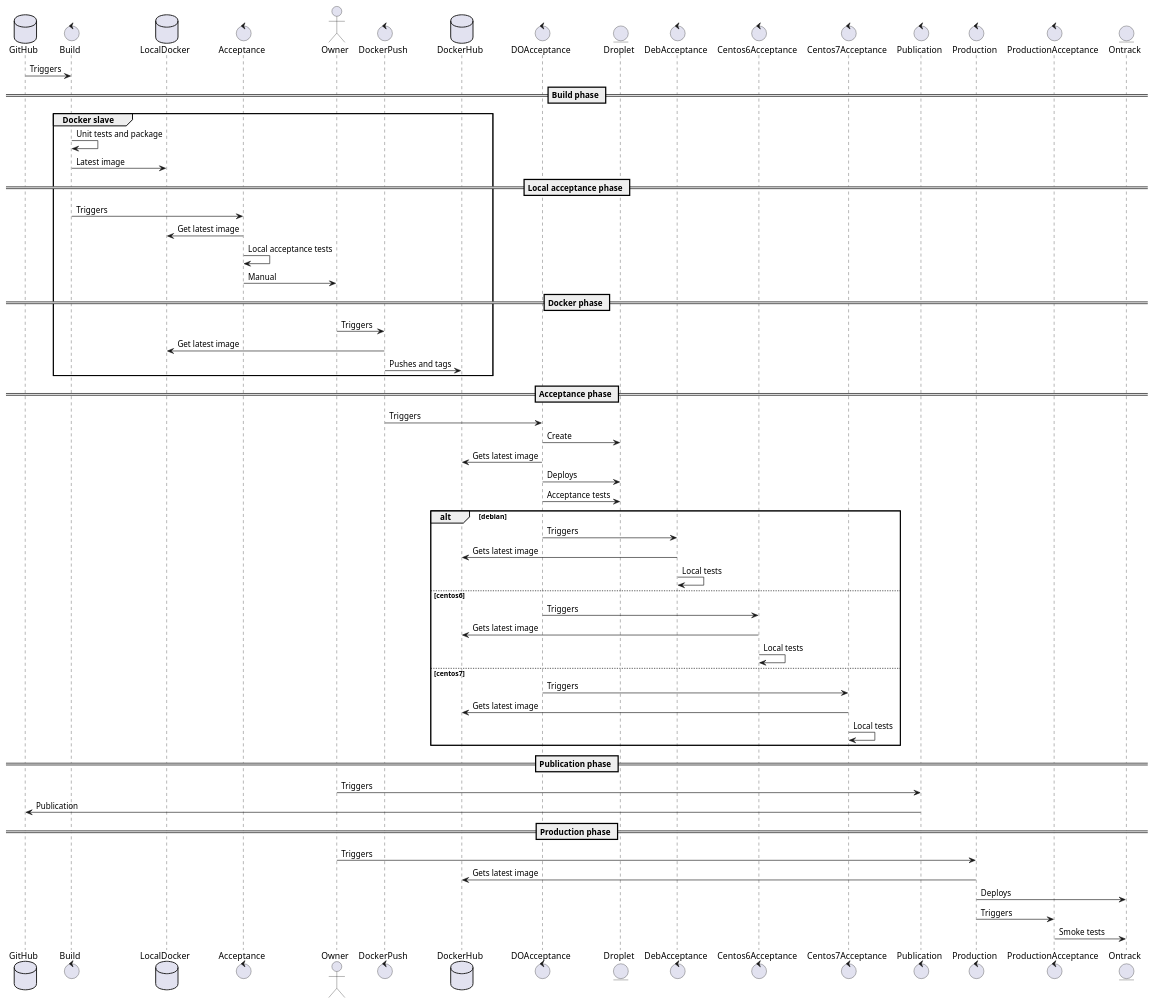
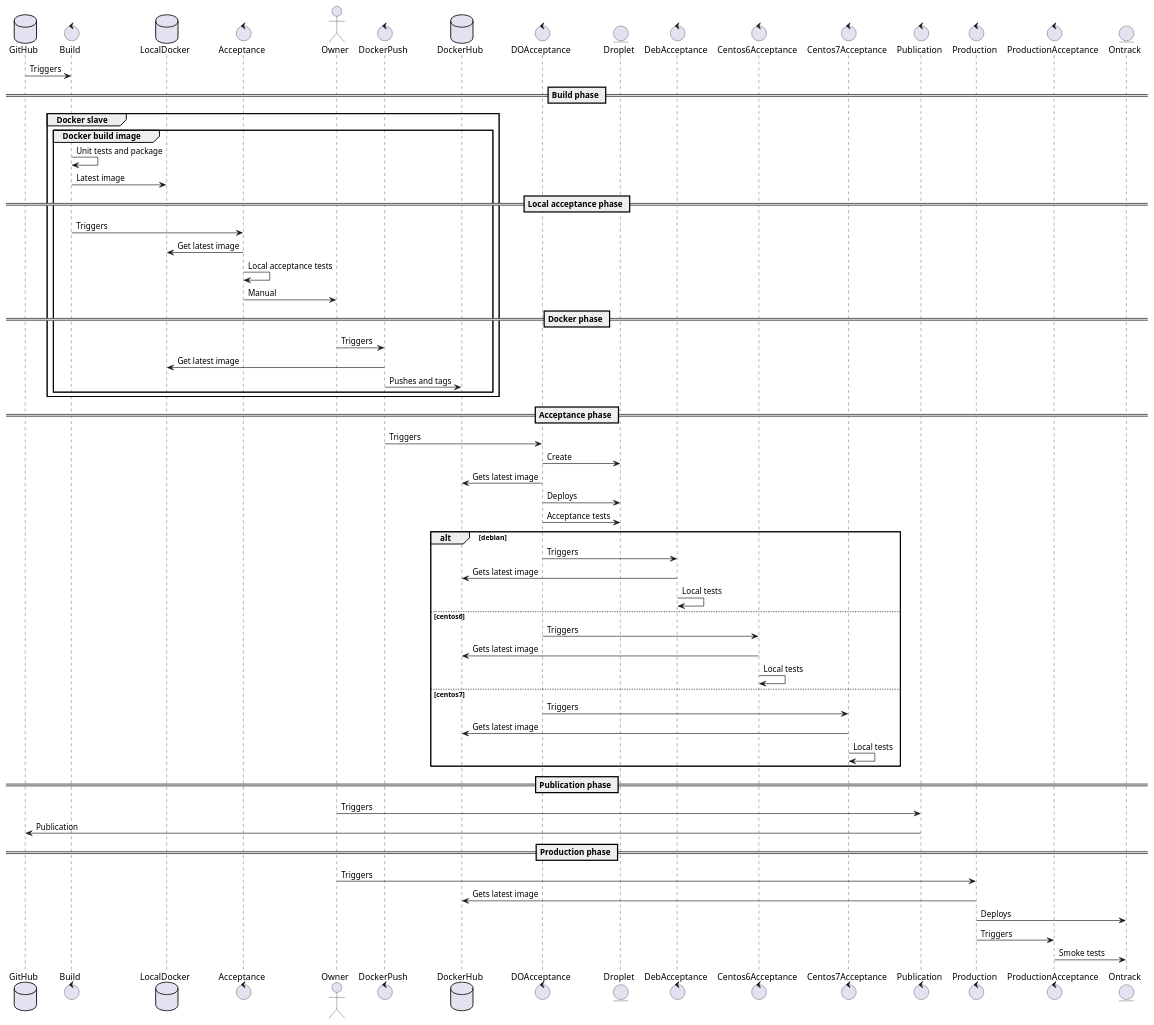
The diagram in doc/pipeline.md (echalkpad/ontrack), drawn with PlantUML before and after one commit. The commit also changed 1 other file, not shown here.

Commit message:
Jenkinsfile - local acceptance tests in the Docker build container

```diff
--- a/doc/pipeline.md
+++ b/doc/pipeline.md
@@ -4,74 +4,77 @@
 @startuml
 database GitHub
 control Build
 database LocalDocker
 control Acceptance
 actor Owner
 control DockerPush
 database DockerHub
 control DOAcceptance
 entity Droplet
 control DebAcceptance
 control Centos6Acceptance
 control Centos7Acceptance
 control Publication
 control Production
 control ProductionAcceptance
 entity Ontrack
 
 GitHub -> Build: Triggers
 
 == Build phase ==
 
 group Docker slave
-    Build -> Build: Unit tests and package
-    Build -> LocalDocker: Latest image
+    group Docker build image
+    
+        Build -> Build: Unit tests and package
+        Build -> LocalDocker: Latest image
 
 == Local acceptance phase ==
     
-    Build -> Acceptance: Triggers
-    Acceptance -> LocalDocker: Get latest image
-    Acceptance -> Acceptance: Local acceptance tests
-    Acceptance -> Owner: Manual
-    == Docker phase ==
-    Owner -> DockerPush: Triggers
-    DockerPush -> LocalDocker: Get latest image
-    DockerPush -> DockerHub: Pushes and tags
+        Build -> Acceptance: Triggers
+        Acceptance -> LocalDocker: Get latest image
+        Acceptance -> Acceptance: Local acceptance tests
+        Acceptance -> Owner: Manual
+        == Docker phase ==
+        Owner -> DockerPush: Triggers
+        DockerPush -> LocalDocker: Get latest image
+        DockerPush -> DockerHub: Pushes and tags
+    end
 end
 
 == Acceptance phase ==
 
 DockerPush -> DOAcceptance: Triggers
 DOAcceptance -> Droplet: Create
 DOAcceptance -> DockerHub: Gets latest image
 DOAcceptance -> Droplet: Deploys
 DOAcceptance -> Droplet: Acceptance tests
 
 alt debian
     DOAcceptance -> DebAcceptance: Triggers
     DebAcceptance -> DockerHub: Gets latest image
     DebAcceptance -> DebAcceptance: Local tests
 else centos6
     DOAcceptance -> Centos6Acceptance: Triggers
     Centos6Acceptance -> DockerHub: Gets latest image
     Centos6Acceptance -> Centos6Acceptance: Local tests
 else centos7
     DOAcceptance -> Centos7Acceptance: Triggers
     Centos7Acceptance -> DockerHub: Gets latest image
     Centos7Acceptance -> Centos7Acceptance: Local tests
 end
 
 == Publication phase ==
 
 Owner -> Publication: Triggers
 Publication -> GitHub: Publication
 
 == Production phase ==
 
 Owner -> Production: Triggers
 Production -> DockerHub: Gets latest image
 Production -> Ontrack: Deploys
 Production -> ProductionAcceptance: Triggers
 ProductionAcceptance -> Ontrack: Smoke tests
 
 @enduml
```
